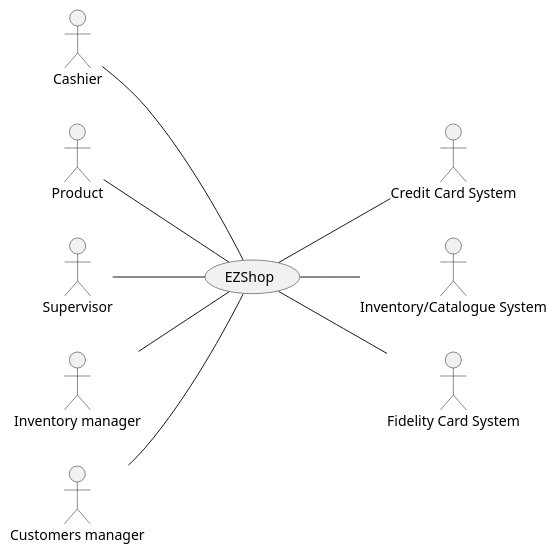
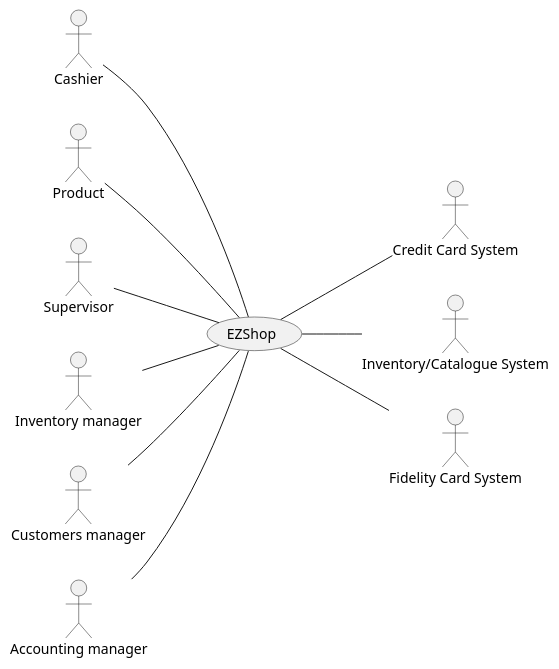
Before and after one commit to GrayNeel/SoftEngProject-EZShop: the diagram in Deliverables/RequirementsDocument.md, drawn with PlantUML. The commit also changed other lines of this file, not shown here.

````diff
--- a/Deliverables/RequirementsDocument.md
+++ b/Deliverables/RequirementsDocument.md
@@ -70,23 +72,25 @@
 ```plantuml
 @startuml
 left to right direction
 actor Cashier as c
 actor Product as p
 actor Supervisor as s
 actor "Inventory manager" as im
 actor "Customers manager" as cm
+actor "Accounting manager" as am
 actor "Credit Card System" as cs
 actor "Inventory/Catalogue System" as is
 actor "Fidelity Card System" as fs
 
 c -- (EZShop)
 p -- (EZShop)
 s -- (EZShop)
 im -- (EZShop)
 cm -- (EZShop)
+am -- (EZShop)
 (EZShop) -- cs
 (EZShop) -- is
 (EZShop) -- fs
 
 @enduml
 ```
````
